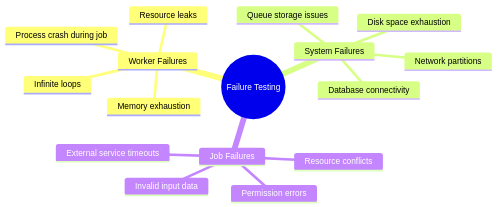
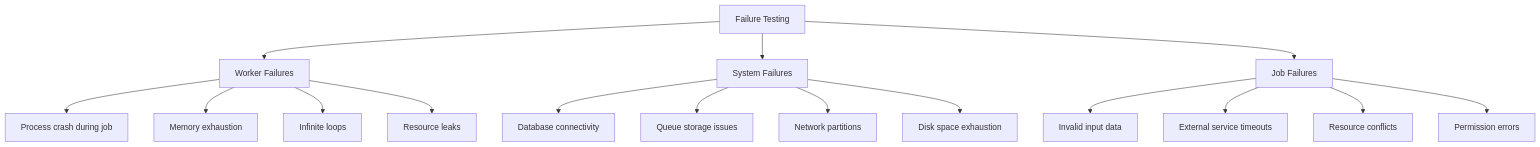
One commit to mythxn/dojo.py changed the eighth of 14 diagrams in day-2/problem-1-job-queue/README.md. Above: the diagram before and after it, drawn with Mermaid. The commit also changed other lines of this file and 6 other files, not shown here.

First line of the commit message:
Fix all Mermaid syntax errors across README files

````diff
--- a/day-2/problem-1-job-queue/README.md
+++ b/day-2/problem-1-job-queue/README.md
@@ -179,19 +183,21 @@
 ```mermaid
-mindmap
-  root((Failure Testing))
-    Worker Failures
-      Process crash during job
-      Memory exhaustion
-      Infinite loops
-      Resource leaks
-    System Failures
-      Database connectivity
-      Queue storage issues
-      Network partitions
-      Disk space exhaustion
-    Job Failures
-      Invalid input data
-      External service timeouts
-      Resource conflicts
-      Permission errors
+graph TD
+    A[Failure Testing] --> B[Worker Failures]
+    A --> C[System Failures]
+    A --> D[Job Failures]
+    
+    B --> B1[Process crash during job]
+    B --> B2[Memory exhaustion]
+    B --> B3[Infinite loops]
+    B --> B4[Resource leaks]
+    
+    C --> C1[Database connectivity]
+    C --> C2[Queue storage issues]
+    C --> C3[Network partitions]
+    C --> C4[Disk space exhaustion]
+    
+    D --> D1[Invalid input data]
+    D --> D2[External service timeouts]
+    D --> D3[Resource conflicts]
+    D --> D4[Permission errors]
 ```
````
